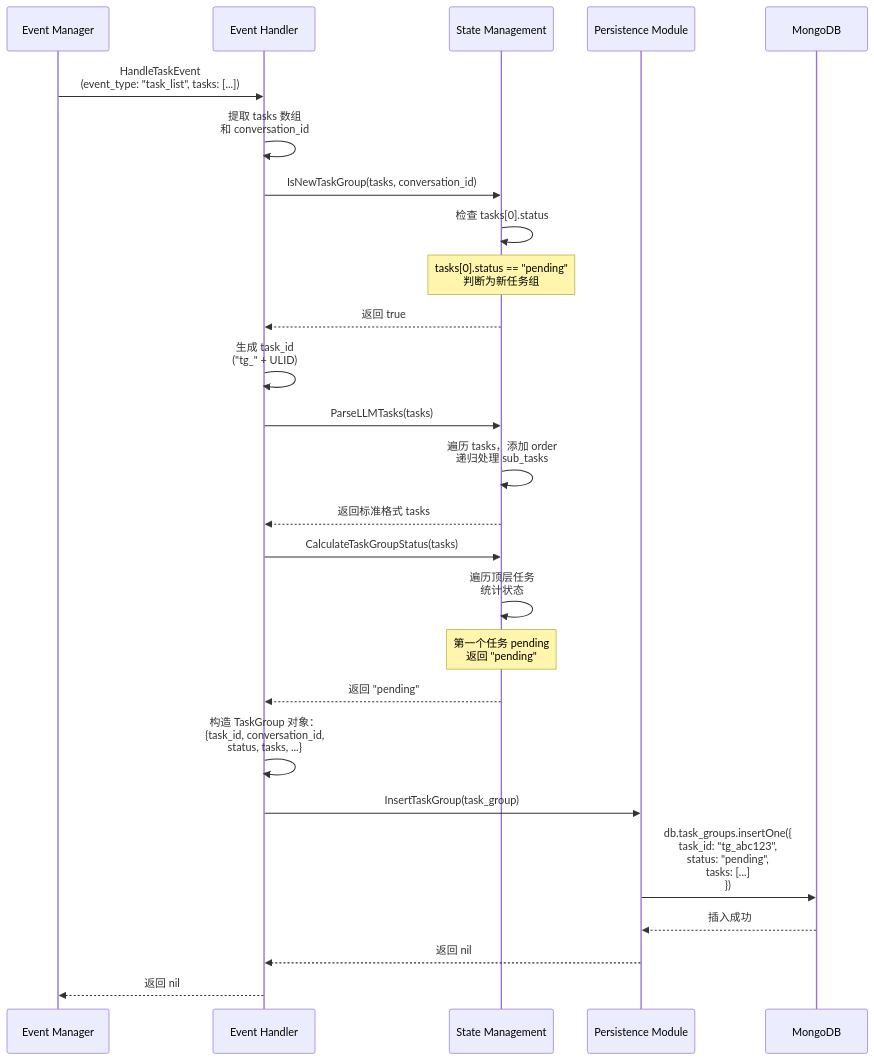
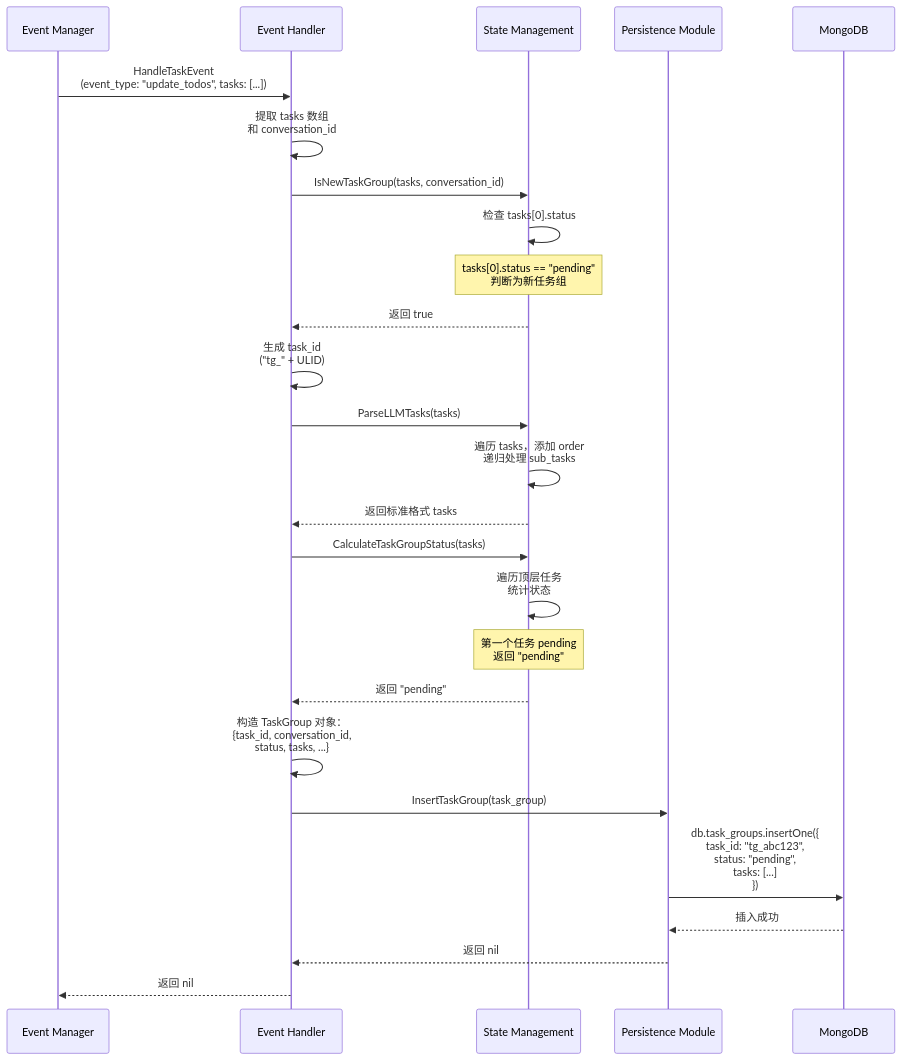
The diagram in all/未命名-10.md (yingjianzh/iodraw-files), drawn with Mermaid before and after one commit.

Commit message:
2025-12-25 11:12:32 update

````diff
--- a/all/未命名-10.md
+++ b/all/未命名-10.md
@@ -1,38 +1,38 @@
 ```mermaid
 sequenceDiagram
     participant EM as Event Manager
     participant EH as Event Handler
     participant SM as State Management
     participant Persist as Persistence Module
     participant DB as MongoDB
 
-    EM->>EH: HandleTaskEvent<br/>(event_type: "task_list", tasks: [...])
+    EM->>EH: HandleTaskEvent<br/>(event_type: "update_todos", tasks: [...])
     
     EH->>EH: 提取 tasks 数组<br/>和 conversation_id
     
     EH->>SM: IsNewTaskGroup(tasks, conversation_id)
     
     SM->>SM: 检查 tasks[0].status
     Note over SM: tasks[0].status == "pending"<br/>判断为新任务组
     SM-->>EH: 返回 true
     
     EH->>EH: 生成 task_id<br/>("tg_" + ULID)
     
     EH->>SM: ParseLLMTasks(tasks)
     SM->>SM: 遍历 tasks，添加 order<br/>递归处理 sub_tasks
     SM-->>EH: 返回标准格式 tasks
     
     EH->>SM: CalculateTaskGroupStatus(tasks)
     SM->>SM: 遍历顶层任务<br/>统计状态
     Note over SM: 第一个任务 pending<br/>返回 "pending"
     SM-->>EH: 返回 "pending"
     
     EH->>EH: 构造 TaskGroup 对象：<br/>{task_id, conversation_id,<br/>status, tasks, ...}
     
     EH->>Persist: InsertTaskGroup(task_group)
     Persist->>DB: db.task_groups.insertOne({<br/>  task_id: "tg_abc123",<br/>  status: "pending",<br/>  tasks: [...]<br/>})
     DB-->>Persist: 插入成功
     
     Persist-->>EH: 返回 nil
     EH-->>EM: 返回 nil
 ```
````
